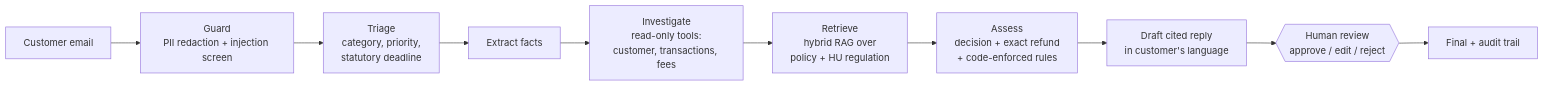
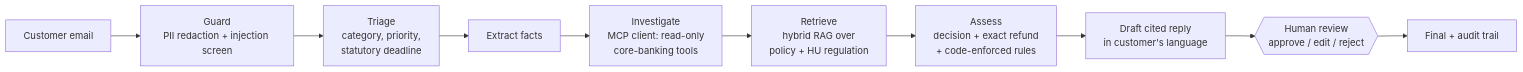
One commit to Attila-Hartmann/clearline changed the diagram in README.md. Above: the diagram before and after it, drawn with Mermaid. The commit also changed other lines of this file and 20 other files, not shown here.

First line of the commit message:
feat: core-banking tools behind an MCP server, OpenTelemetry tracing, slimmer image

````diff
--- a/README.md
+++ b/README.md
@@ -17,12 +17,12 @@
 ```mermaid
 flowchart LR
   A[Customer email] --> G[Guard<br/>PII redaction + injection screen]
   G --> T[Triage<br/>category, priority,<br/>statutory deadline]
   T --> X[Extract facts]
-  X --> I[Investigate<br/>read-only tools:<br/>customer, transactions, fees]
+  X --> I[Investigate<br/>MCP client: read-only<br/>core-banking tools]
   I --> R[Retrieve<br/>hybrid RAG over<br/>policy + HU regulation]
   R --> S[Assess<br/>decision + exact refund<br/>+ code-enforced rules]
   S --> D[Draft cited reply<br/>in customer's language]
   D --> H{{Human review<br/>approve / edit / reject}}
   H --> F[Final + audit trail]
 ```
````
